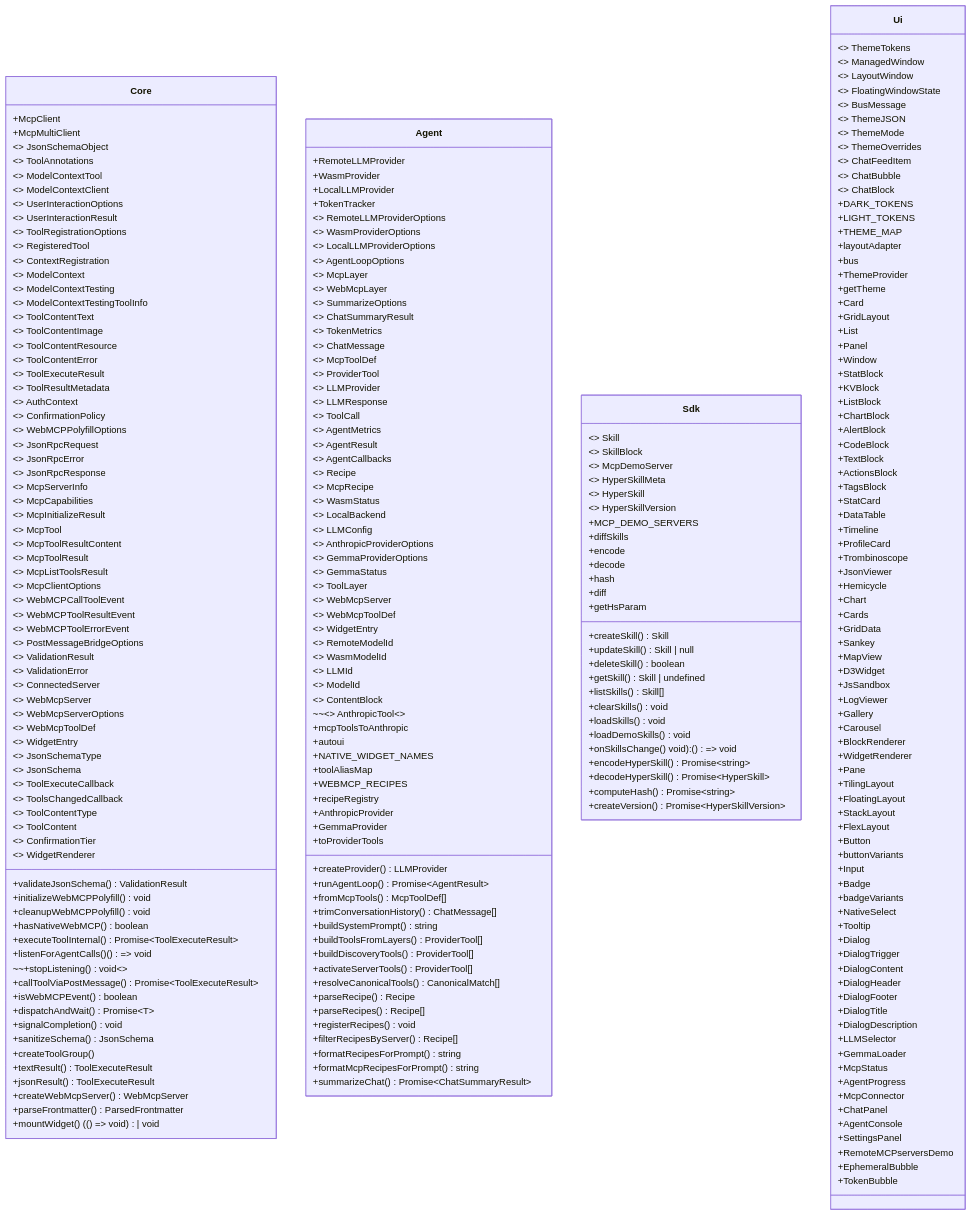
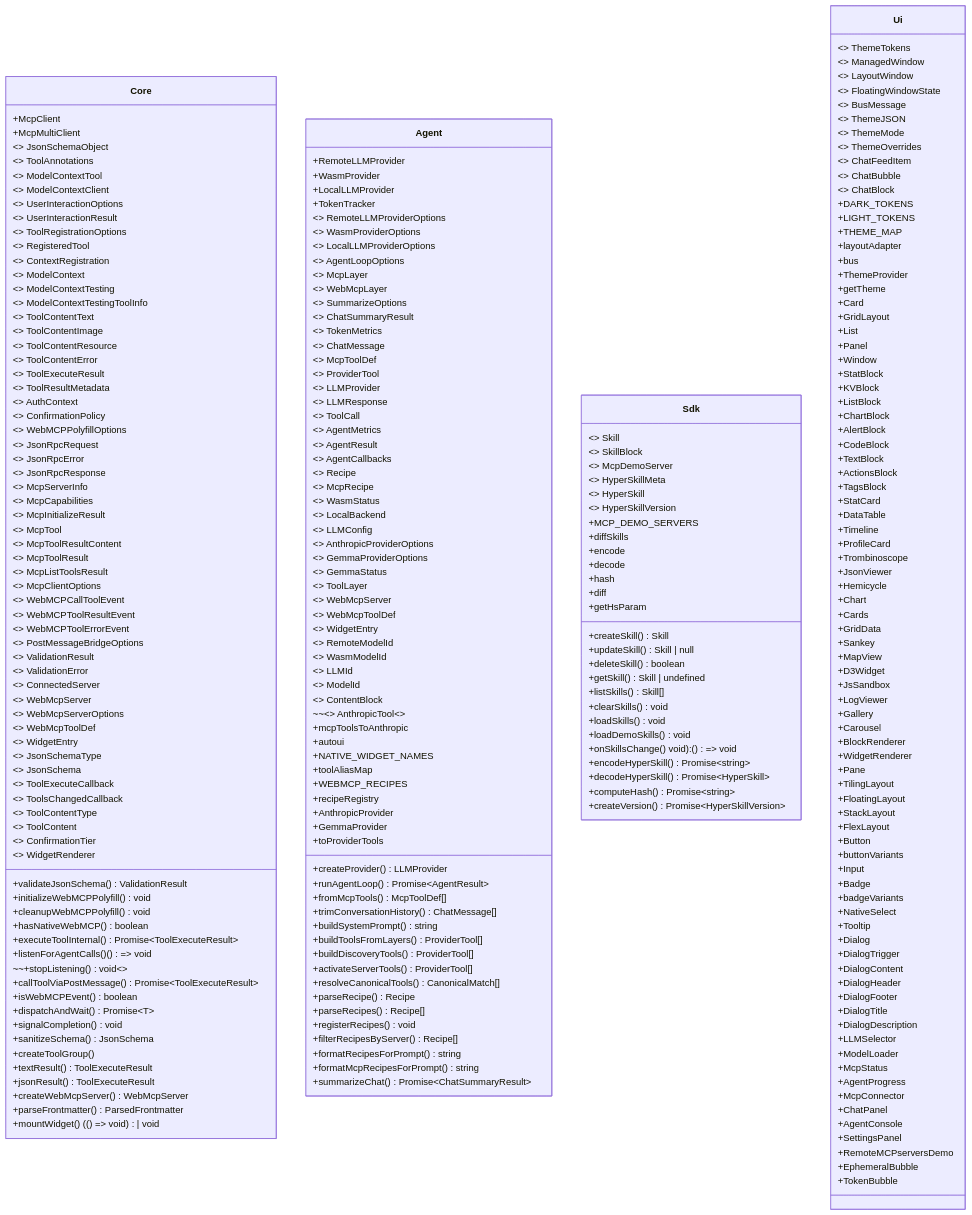
Before and after one commit to jeanbaptiste/webmcp-auto-ui: the diagram in docs/diagrams/exports.mmd, drawn with Mermaid. The commit also changed 19 other files, not shown here.

First line of the commit message:
docs: propagate GemmaLoader → ModelLoader rename across documentation

```diff
--- a/docs/diagrams/exports.mmd
+++ b/docs/diagrams/exports.mmd
@@ -242,7 +242,7 @@
     +DialogTitle
     +DialogDescription
     +LLMSelector
-    +GemmaLoader
+    +ModelLoader
     +McpStatus
     +AgentProgress
     +McpConnector
```
